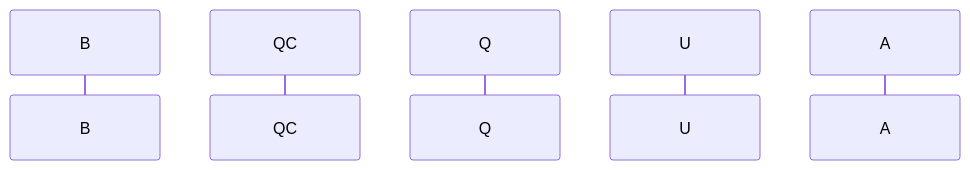
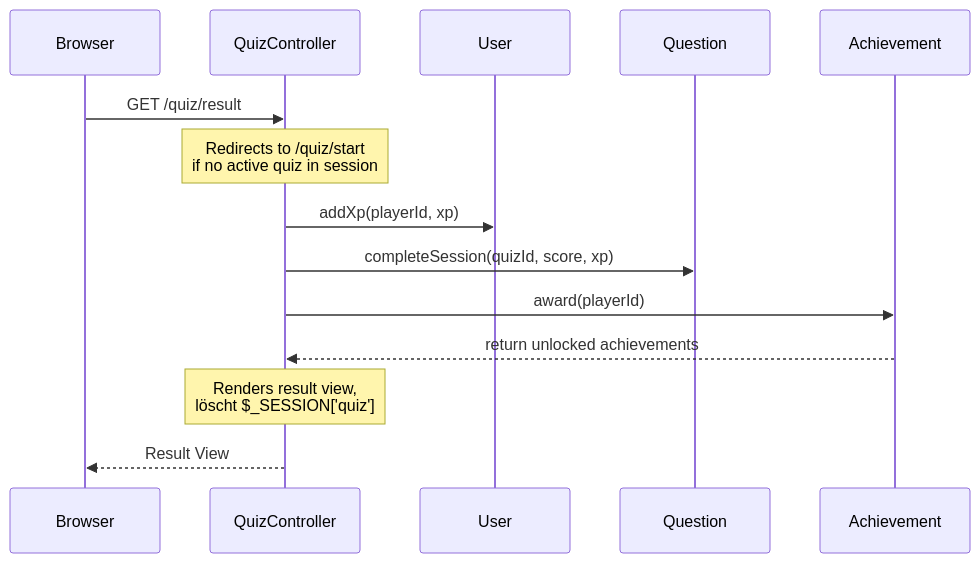
The diagram in docs/sq_quiz_result.mmd (JanineEML/quiz), drawn with Mermaid before and after one commit. The commit also changed 4 other files, not shown here.

```diff
--- a/docs/sq_quiz_result.mmd
+++ b/docs/sq_quiz_result.mmd
@@ -1,6 +1,15 @@
 sequenceDiagram
-    participant Browser as B
-    participant QuizController as QC
-    participant Question as Q
-    participant User as U
-    participant Achievement as A
+    participant B as Browser
+    participant QC as QuizController
+    participant U as User
+    participant Q as Question
+    participant A as Achievement
+
+    B->>QC: GET /quiz/result
+    Note over QC: Redirects to /quiz/start<br>if no active quiz in session
+    QC->>U: addXp(playerId, xp)
+    QC->>Q: completeSession(quizId, score, xp)
+    QC->>A: award(playerId)
+    A-->>QC: return unlocked achievements
+    Note over QC: Renders result view,<br>löscht $_SESSION['quiz']
+    QC-->>B: Result View
```
